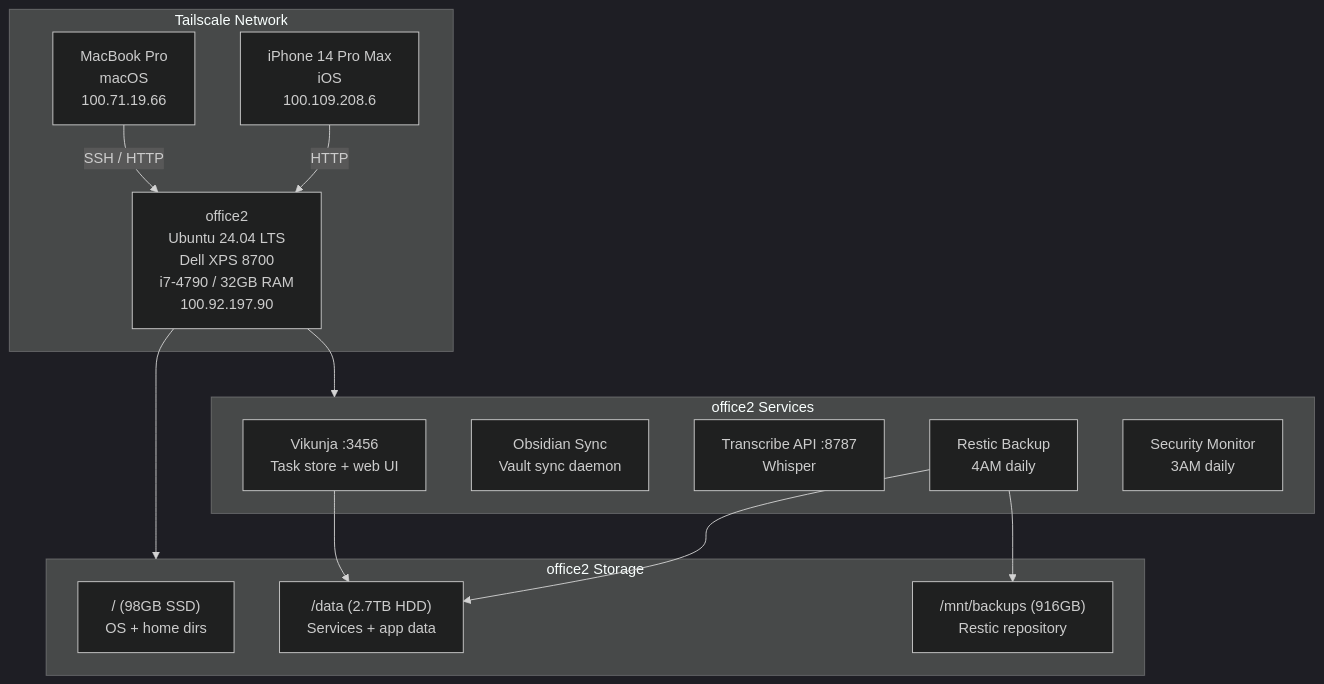
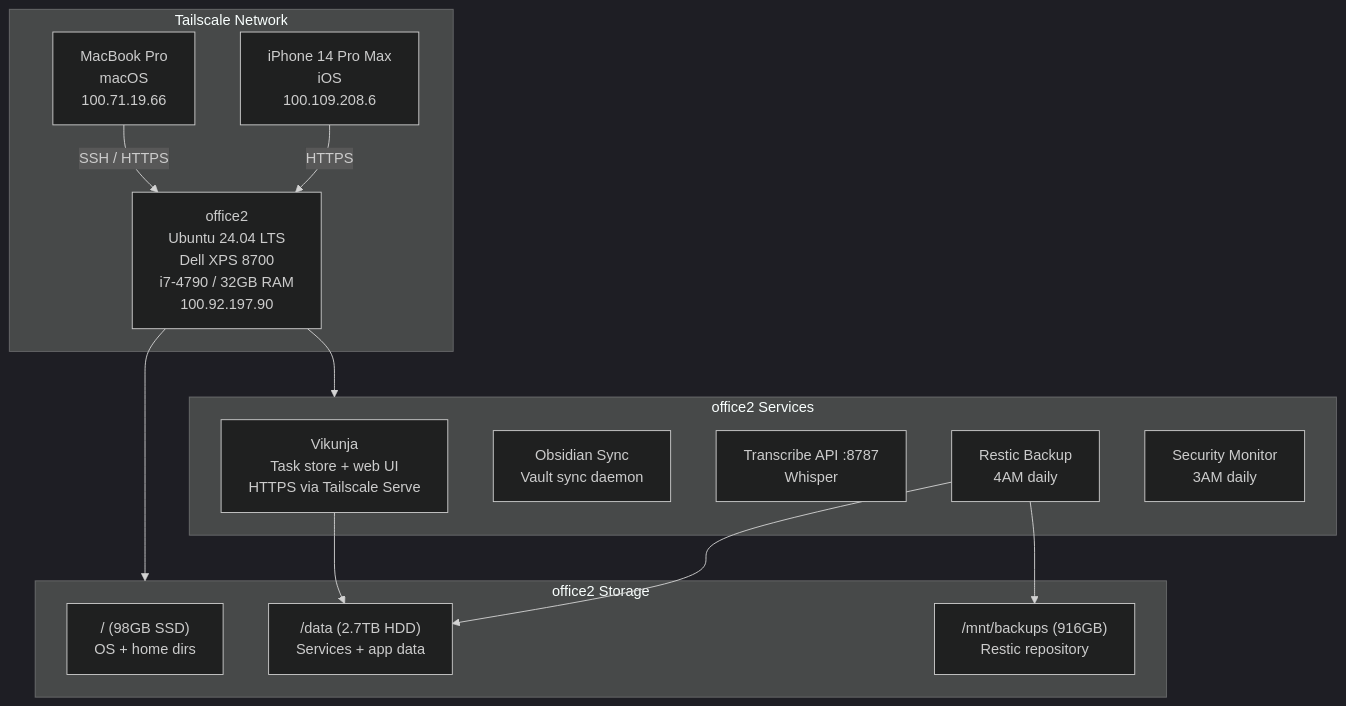
One commit to kentonium3/kg-automation changed the diagram in docs/design/architecture/physical-topology.view.md. Above: the diagram before and after it, drawn with Mermaid (dark theme). The commit also changed 7 other files, not shown here.

First line of the commit message:
docs: update architecture for Vikunja HTTPS via Tailscale Serve

````diff
--- a/docs/design/architecture/physical-topology.view.md
+++ b/docs/design/architecture/physical-topology.view.md
@@ -15,31 +15,31 @@
 ```mermaid
 %% source: docs/design/architecture/physical-topology.mmd
 graph TB
     subgraph tailnet["Tailscale Network"]
         office2["office2<br/>Ubuntu 24.04 LTS<br/>Dell XPS 8700<br/>i7-4790 / 32GB RAM<br/>100.92.197.90"]
         mac["MacBook Pro<br/>macOS<br/>100.71.19.66"]
         iphone["iPhone 14 Pro Max<br/>iOS<br/>100.109.208.6"]
     end
 
     subgraph office2_storage["office2 Storage"]
         os_disk["/ (98GB SSD)<br/>OS + home dirs"]
         data_disk["/data (2.7TB HDD)<br/>Services + app data"]
         backup_disk["/mnt/backups (916GB)<br/>Restic repository"]
     end
 
     subgraph office2_services["office2 Services"]
-        vikunja["Vikunja :3456<br/>Task store + web UI"]
+        vikunja["Vikunja<br/>Task store + web UI<br/>HTTPS via Tailscale Serve"]
         obsidian_sync["Obsidian Sync<br/>Vault sync daemon"]
         transcribe["Transcribe API :8787<br/>Whisper"]
         restic["Restic Backup<br/>4AM daily"]
         security["Security Monitor<br/>3AM daily"]
     end
 
-    mac -->|"SSH / HTTP"| office2
-    iphone -->|"HTTP"| office2
+    mac -->|"SSH / HTTPS"| office2
+    iphone -->|"HTTPS"| office2
     office2 --> office2_storage
     office2 --> office2_services
     vikunja --> data_disk
     restic --> backup_disk
     restic --> data_disk
 ```
````
